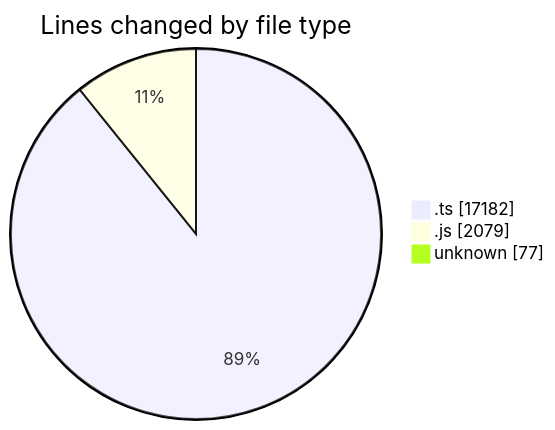
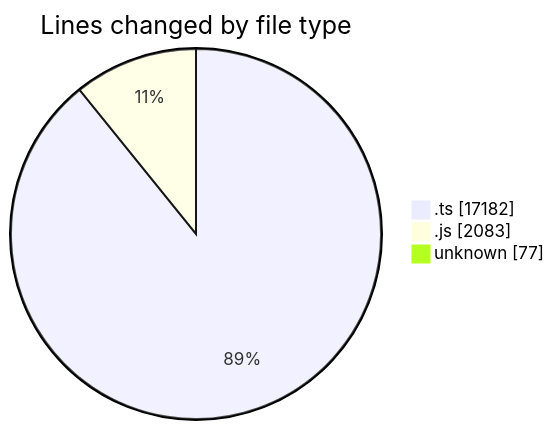
The first of 2 diagrams in 2026-02-03/cda/README.md (momahboobian/code-tracking), drawn with Mermaid before and after one commit. The commit also changed other lines of this file and 1 other file, not shown here.

````diff
--- a/2026-02-03/cda/README.md
+++ b/2026-02-03/cda/README.md
@@ -28,7 +28,7 @@
 ```mermaid
 pie showData
 title Lines changed by file type
 ".ts" : 17182
-".js" : 2079
+".js" : 2083
 "unknown" : 77
 ```
````
